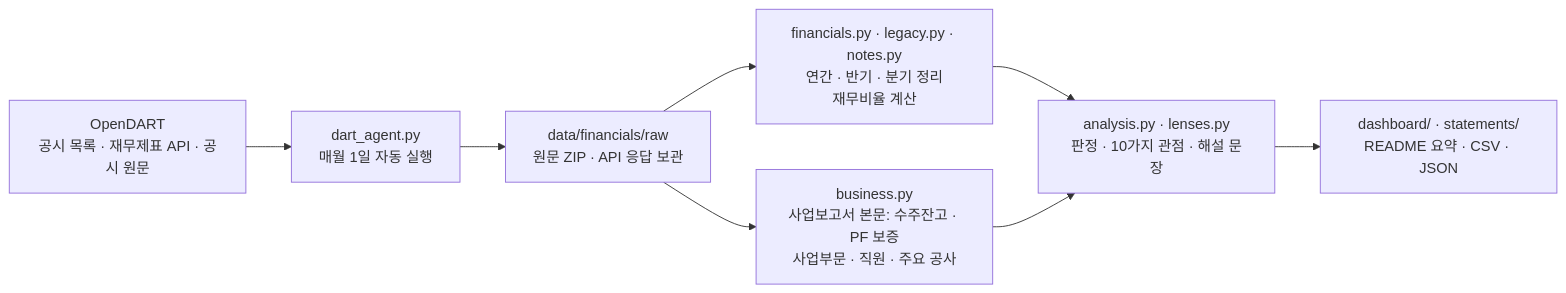
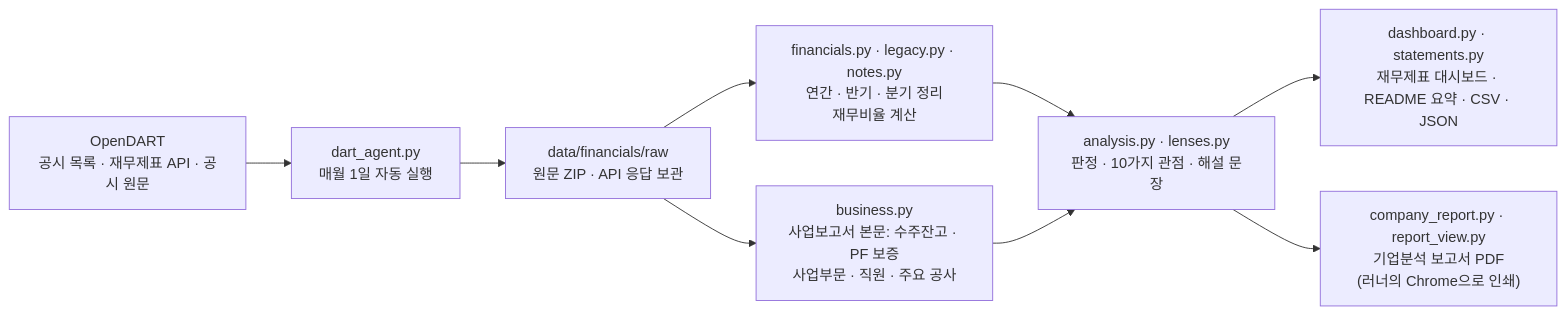
Before and after one commit to HSC-Class01/KTG_Hyundai: the diagram in README.md, drawn with Mermaid. The commit also changed other lines of this file and 16 other files, not shown here.

First line of the commit message:
Make the dashboard the financial statements view and add a PDF company report

````diff
--- a/README.md
+++ b/README.md
@@ -73,10 +73,11 @@
 ```mermaid
 flowchart LR
   A["OpenDART<br/>공시 목록 · 재무제표 API · 공시 원문"] --> B["dart_agent.py<br/>매월 1일 자동 실행"]
   B --> C["data/financials/raw<br/>원문 ZIP · API 응답 보관"]
   C --> D["financials.py · legacy.py · notes.py<br/>연간 · 반기 · 분기 정리<br/>재무비율 계산"]
   C --> G["business.py<br/>사업보고서 본문: 수주잔고 · PF 보증<br/>사업부문 · 직원 · 주요 공사"]
   D --> E["analysis.py · lenses.py<br/>판정 · 10가지 관점 · 해설 문장"]
   G --> E
-  E --> F["dashboard/ · statements/<br/>README 요약 · CSV · JSON"]
+  E --> F["dashboard.py · statements.py<br/>재무제표 대시보드 · README 요약 · CSV · JSON"]
+  E --> H["company_report.py · report_view.py<br/>기업분석 보고서 PDF<br/>(러너의 Chrome으로 인쇄)"]
 ```
````
